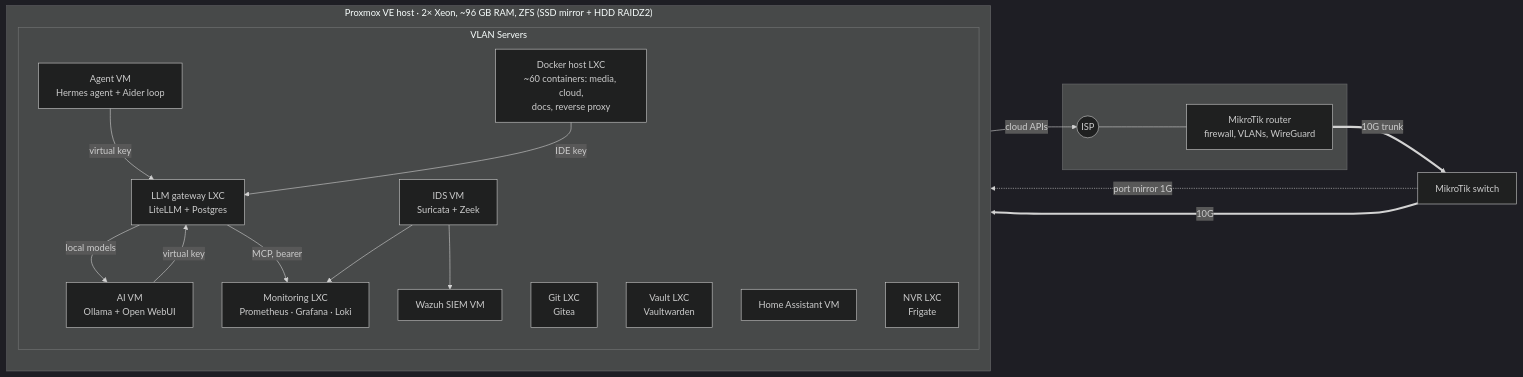
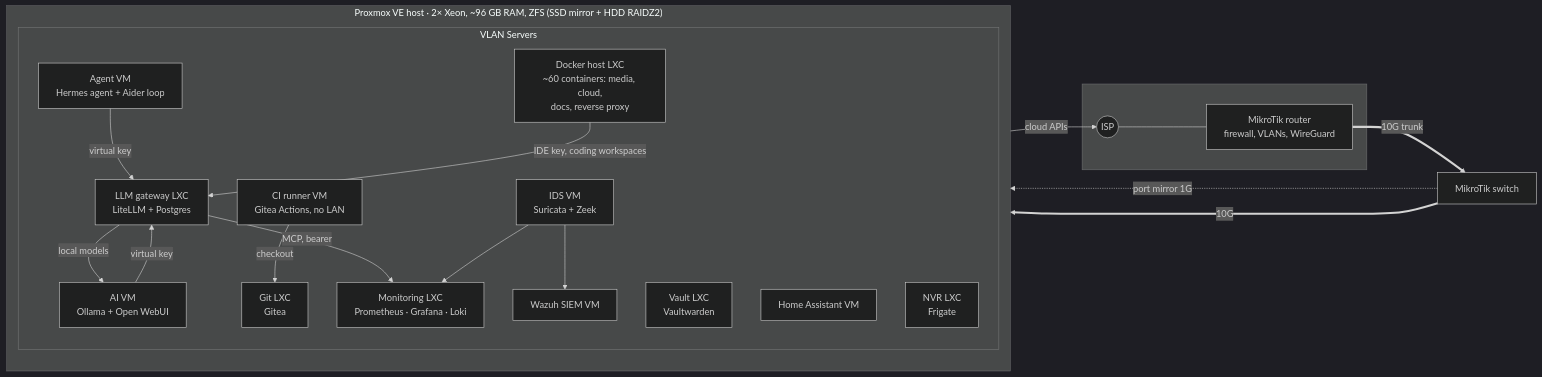
One commit to wsparcie/homelab-showcase changed the diagram in README.md. Above: the diagram before and after it, drawn with Mermaid (dark theme). The commit also changed other lines of this file and 9 other files, not shown here.

Commit message:
Agent workspaces: dev services, egress firewall, agent rules, gitleaks hooks, PR helper, isolated CI runner

````diff
--- a/README.md
+++ b/README.md
@@ -26,33 +29,35 @@
 ```mermaid
 flowchart LR
   subgraph WAN[" "]
     ISP((ISP)) --- R[MikroTik router<br/>firewall, VLANs, WireGuard]
   end
   R ==10G trunk==> SW[MikroTik switch]
   SW -.port mirror 1G.-> MIR
   subgraph PVE["Proxmox VE host · 2× Xeon, ~96 GB RAM, ZFS (SSD mirror + HDD RAIDZ2)"]
     direction TB
     subgraph SVC["VLAN Servers"]
       D[Docker host LXC<br/>~60 containers: media, cloud,<br/>docs, reverse proxy]
       GIT[Git LXC<br/>Gitea]
       VW[Vault LXC<br/>Vaultwarden]
       MON[Monitoring LXC<br/>Prometheus · Grafana · Loki]
       GW[LLM gateway LXC<br/>LiteLLM + Postgres]
       AG[Agent VM<br/>Hermes agent + Aider loop]
+      CI[CI runner VM<br/>Gitea Actions, no LAN]
       AI[AI VM<br/>Ollama + Open WebUI]
       HA[Home Assistant VM]
       SIEM[Wazuh SIEM VM]
       MIR[IDS VM<br/>Suricata + Zeek]
       NVR[NVR LXC<br/>Frigate]
     end
   end
   SW ==10G==> PVE
   AG -->|virtual key| GW
   AI -->|virtual key| GW
-  D -->|IDE key| GW
+  D -->|IDE key, coding workspaces| GW
+  CI -->|checkout| GIT
   GW -->|cloud APIs| ISP
   GW -->|local models| AI
   GW -->|MCP, bearer| MON
   MIR --> SIEM
   MIR --> MON
 ```
````
